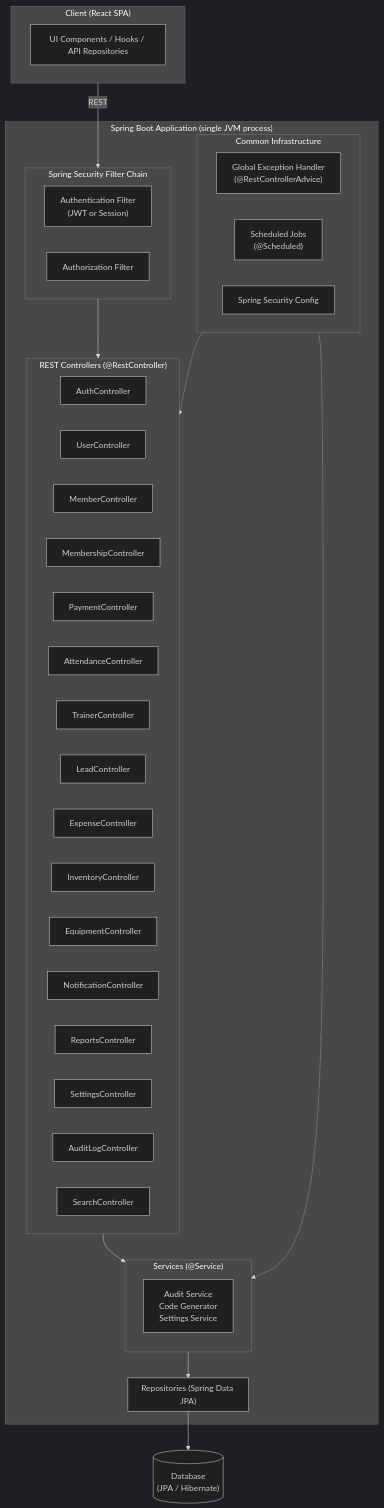
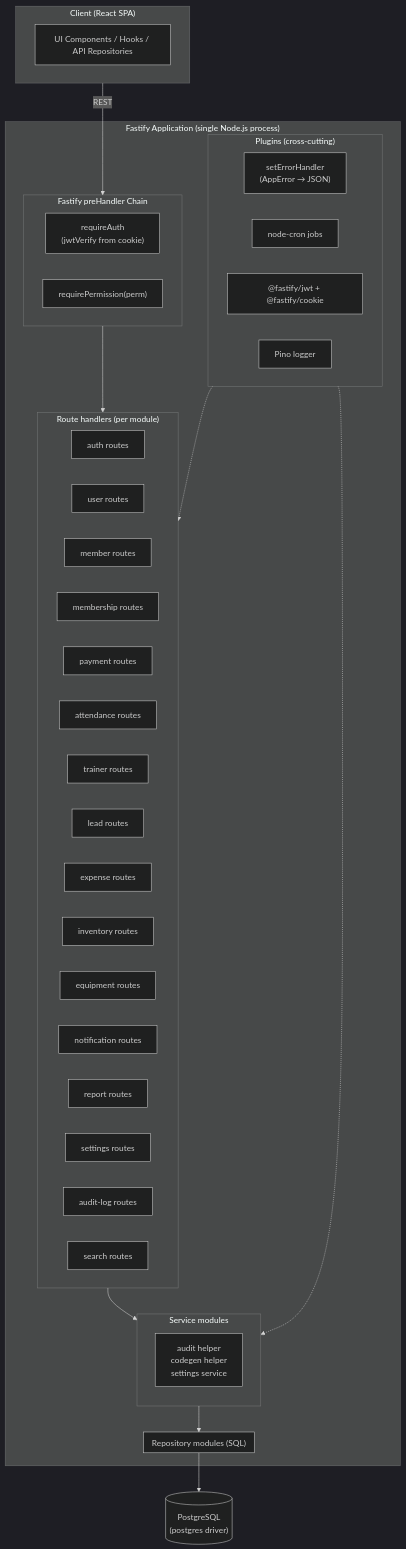
The second of 5 diagrams in backend/docs/02-system-architecture.md (sidpd51/gym-app), drawn with Mermaid (dark theme) before and after one commit. The commit also changed other lines of this file and 5 other files, not shown here.

Commit message:
Migrate backend architecture documentation from Java to Node.js/Fastify

````diff
--- a/backend/docs/02-system-architecture.md
+++ b/backend/docs/02-system-architecture.md
@@ -62,57 +64,58 @@
 ```mermaid
 flowchart TD
     subgraph Client["Client (React SPA)"]
         UI["UI Components / Hooks / API Repositories"]
     end
 
-    subgraph SpringBoot["Spring Boot Application (single JVM process)"]
+    subgraph Fastify["Fastify Application (single Node.js process)"]
 
-        subgraph Filter["Spring Security Filter Chain"]
-            AuthFilter["Authentication Filter\n(JWT or Session)"]
-            AuthzFilter["Authorization Filter"]
+        subgraph PreHandler["Fastify preHandler Chain"]
+            AuthHook["requireAuth\n(jwtVerify from cookie)"]
+            PermHook["requirePermission(perm)"]
         end
 
-        subgraph Controllers["REST Controllers (@RestController)"]
-            AC["AuthController"]
-            UC["UserController"]
-            MC["MemberController"]
-            MSC["MembershipController"]
-            PC["PaymentController"]
-            ATC["AttendanceController"]
-            TC["TrainerController"]
-            LC["LeadController"]
-            EC["ExpenseController"]
-            IC["InventoryController"]
-            EQC["EquipmentController"]
-            NC["NotificationController"]
-            RC["ReportsController"]
-            SC["SettingsController"]
-            ALC["AuditLogController"]
-            SRC["SearchController"]
+        subgraph Routes["Route handlers (per module)"]
+            AC["auth routes"]
+            UC["user routes"]
+            MC["member routes"]
+            MSC["membership routes"]
+            PC["payment routes"]
+            ATC["attendance routes"]
+            TC["trainer routes"]
+            LC["lead routes"]
+            EC["expense routes"]
+            IC["inventory routes"]
+            EQC["equipment routes"]
+            NC["notification routes"]
+            RC["report routes"]
+            SC["settings routes"]
+            ALC["audit-log routes"]
+            SRC["search routes"]
         end
 
-        subgraph Services["Services (@Service)"]
+        subgraph Services["Service modules"]
             direction TB
-            SharedServices["Audit Service\nCode Generator\nSettings Service"]
+            SharedServices["audit helper\ncodegen helper\nsettings service"]
         end
 
-        subgraph Repos["Repositories (Spring Data JPA)"]
+        subgraph Repos["Repository modules (SQL)"]
         end
 
-        subgraph Infra["Common Infrastructure"]
-            ExcHandler["Global Exception Handler\n(@RestControllerAdvice)"]
-            Scheduler["Scheduled Jobs\n(@Scheduled)"]
-            Security["Spring Security Config"]
+        subgraph Infra["Plugins (cross-cutting)"]
+            ExcHandler["setErrorHandler\n(AppError → JSON)"]
+            Scheduler["node-cron jobs"]
+            AuthPlugin["@fastify/jwt + @fastify/cookie"]
+            Logger["Pino logger"]
         end
     end
 
-    DB[("Database\n(JPA / Hibernate)")]
+    DB[("PostgreSQL\n(postgres driver)")]
 
-    Client -->|"REST"| Filter
-    Filter --> Controllers
-    Controllers --> Services
+    Client -->|"REST"| PreHandler
+    PreHandler --> Routes
+    Routes --> Services
     Services --> Repos
     Repos --> DB
-    Infra -.-> Controllers
+    Infra -.-> Routes
     Infra -.-> Services
 ```
````
